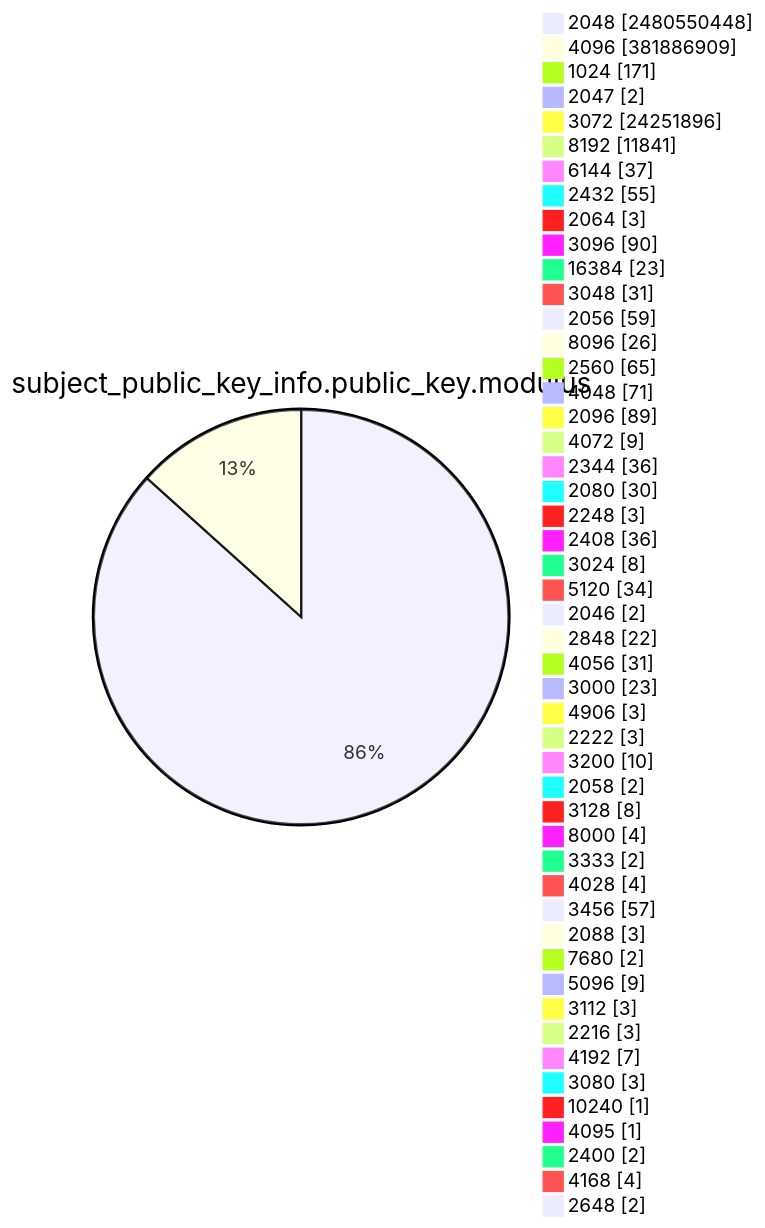
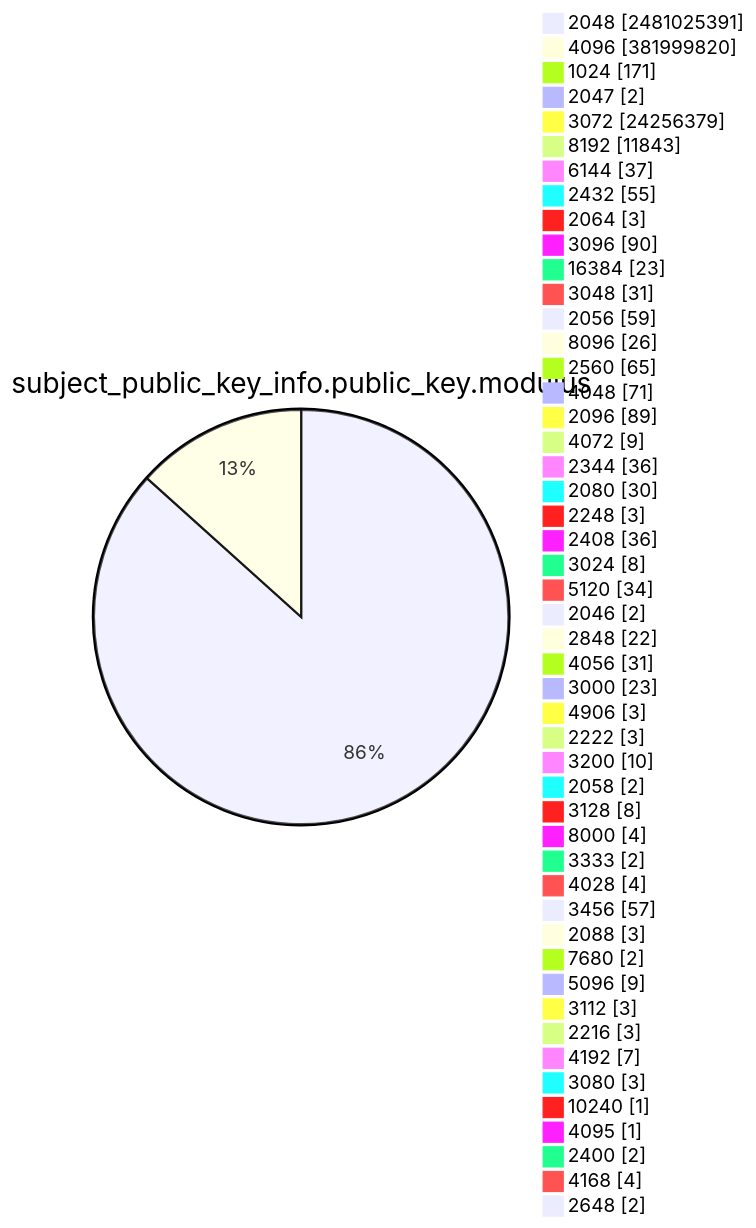
Diagram 13 of 15 in TOTAL/README.md (christiankrug/ctmonitor_visualization), drawn with Mermaid before and after one commit. The commit also changed other lines of this file, not shown here.

````diff
--- a/TOTAL/README.md
+++ b/TOTAL/README.md
@@ -4168,53 +4168,53 @@
 ```mermaid
 pie showData
 title subject_public_key_info.public_key.modulus
-"2048" :2480550448
-"4096" :381886909
+"2048" :2481025391
+"4096" :381999820
 "1024" :171
 "2047" :2
-"3072" :24251896
-"8192" :11841
+"3072" :24256379
+"8192" :11843
 "6144" :37
 "2432" :55
 "2064" :3
 "3096" :90
 "16384" :23
 "3048" :31
 "2056" :59
 "8096" :26
 "2560" :65
 "4048" :71
 "2096" :89
 "4072" :9
 "2344" :36
 "2080" :30
 "2248" :3
 "2408" :36
 "3024" :8
 "5120" :34
 "2046" :2
 "2848" :22
 "4056" :31
 "3000" :23
 "4906" :3
 "2222" :3
 "3200" :10
 "2058" :2
 "3128" :8
 "8000" :4
 "3333" :2
 "4028" :4
 "3456" :57
 "2088" :3
 "7680" :2
 "5096" :9
 "3112" :3
 "2216" :3
 "4192" :7
 "3080" :3
 "10240" :1
 "4095" :1
 "2400" :2
 "4168" :4
 "2648" :2
 ```
````
